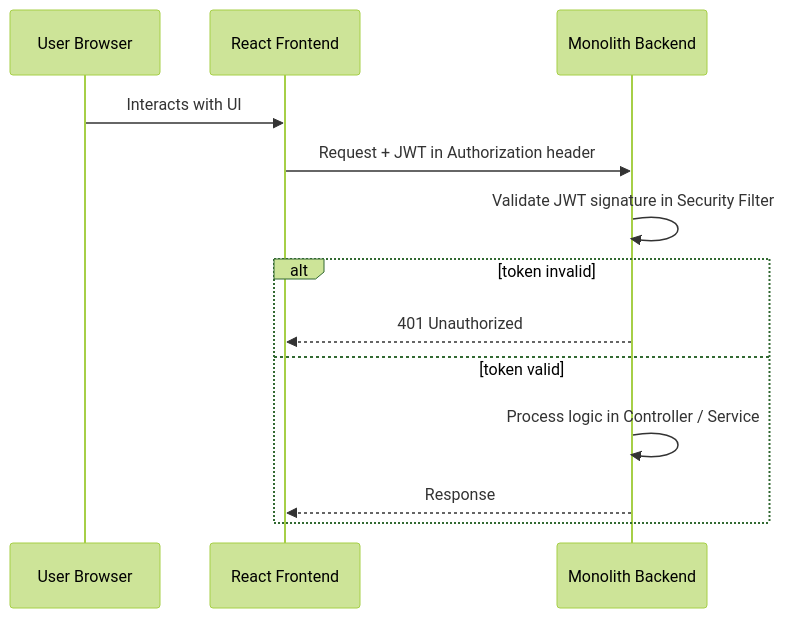
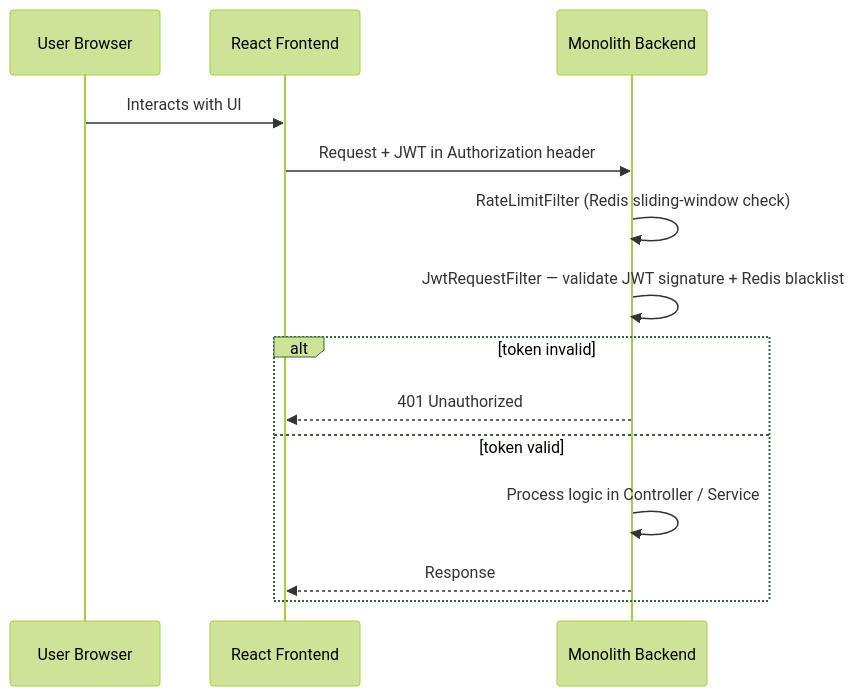
One commit to 123suraj-sky/DevOps-Suite changed the third of 5 diagrams in docs/02-architecture-hld.md. Above: the diagram before and after it, drawn with Mermaid (forest theme). The commit also changed other lines of this file and 11 other files, not shown here.

````diff
--- a/docs/02-architecture-hld.md
+++ b/docs/02-architecture-hld.md
@@ -36,16 +44,17 @@
 ```mermaid
 sequenceDiagram
     participant U as User Browser
     participant FE as React Frontend
     participant MN as Monolith Backend
     
     U->>FE: Interacts with UI
     FE->>MN: Request + JWT in Authorization header
-    MN->>MN: Validate JWT signature in Security Filter
+    MN->>MN: RateLimitFilter (Redis sliding-window check)
+    MN->>MN: JwtRequestFilter — validate JWT signature + Redis blacklist
     alt token invalid
         MN-->>FE: 401 Unauthorized
     else token valid
         MN->>MN: Process logic in Controller / Service
         MN-->>FE: Response
     end
 ```
````
